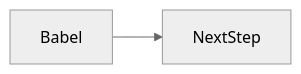
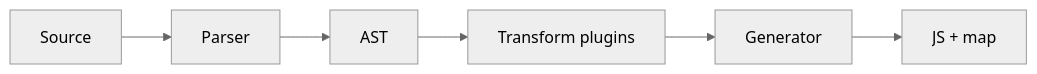
Before and after one commit to OmidJavaherii/Frontend-Engineering-Handbook: the first of 2 diagrams in docs/en/08-jsx-and-react-runtime/babel/index.md, drawn with Mermaid (neutral theme). The commit also changed other lines of this file and 461 other files, not shown here.

````diff
--- a/docs/en/08-jsx-and-react-runtime/babel/index.md
+++ b/docs/en/08-jsx-and-react-runtime/babel/index.md
@@ -95,4 +57,8 @@
 ```mermaid
 flowchart LR
-  concept[Babel] --> nextStep[NextStep]
+  Src[Source] --> Parse[Parser]
+  Parse --> AST
+  AST --> Plugins[Transform plugins]
+  Plugins --> Gen[Generator]
+  Gen --> Out[JS + map]
 ```
````
